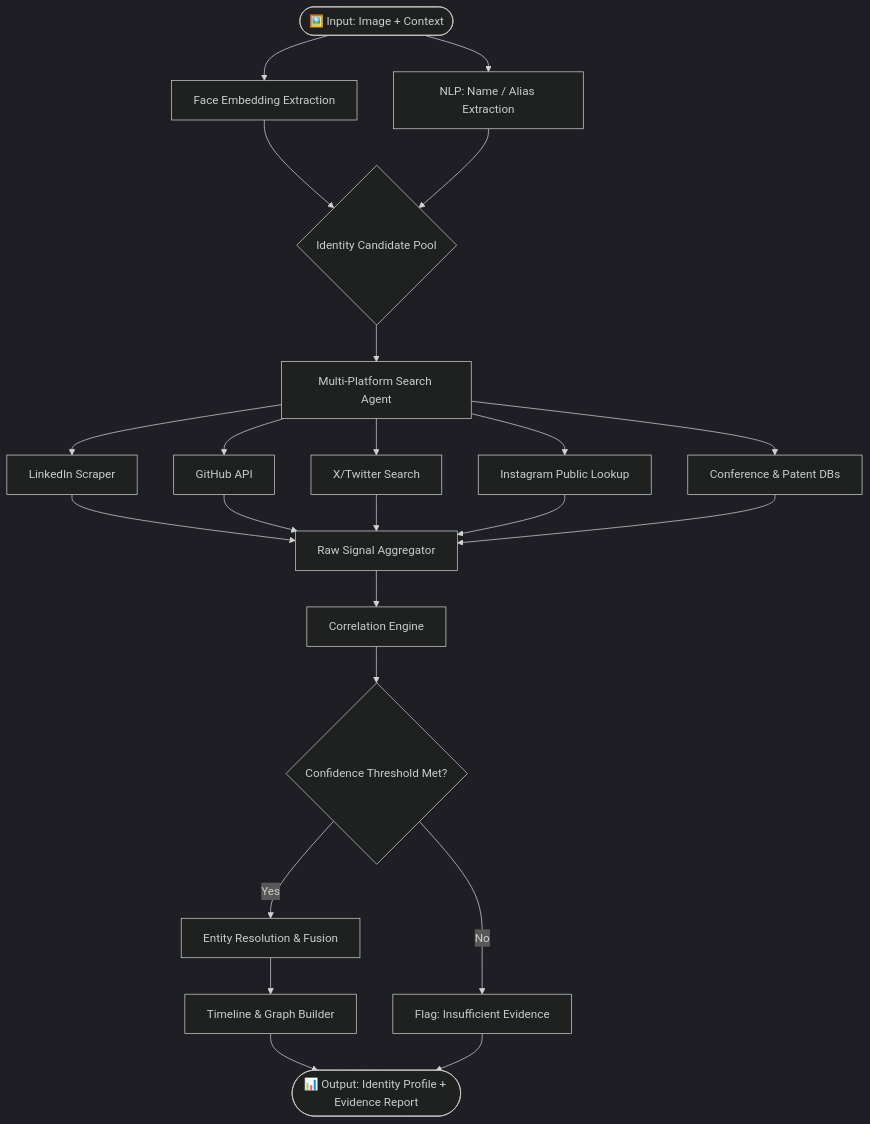
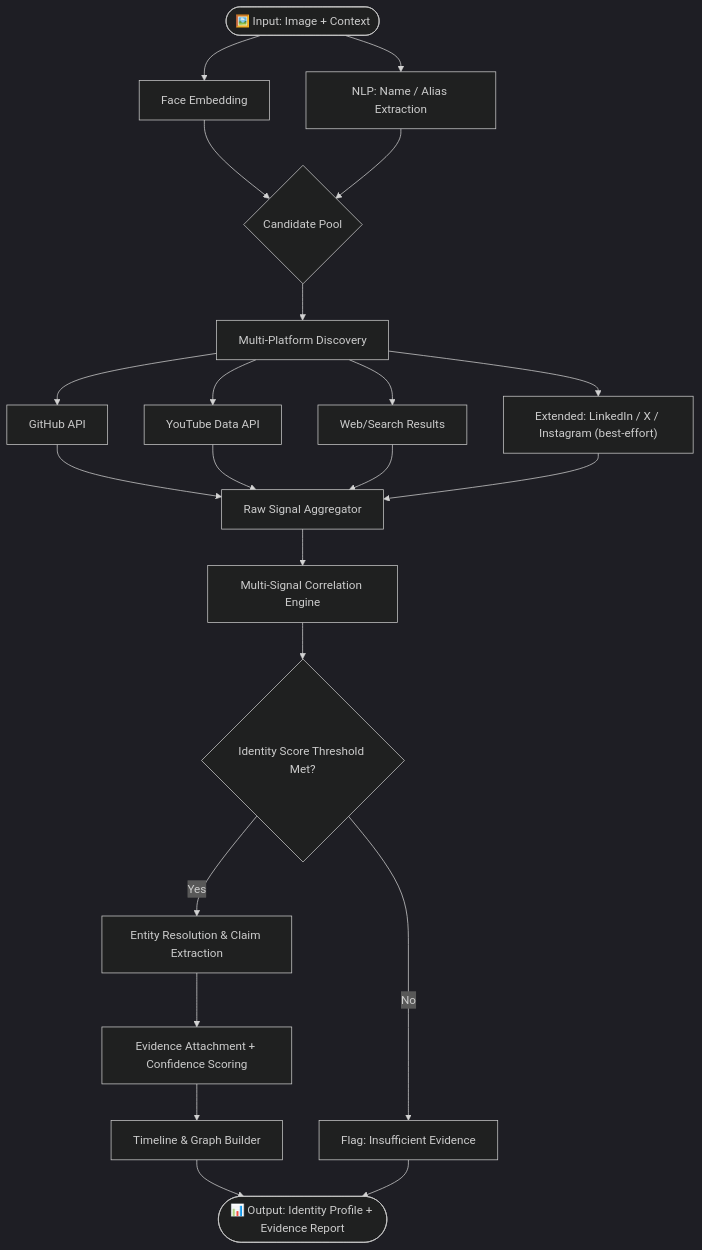
One commit to Abhinavjy27/NeuraX changed the diagram in README.md. Above: the diagram before and after it, drawn with Mermaid (dark theme). The commit also changed other lines of this file and 1 other file, not shown here.

````diff
--- a/README.md
+++ b/README.md
@@ -112,21 +118,21 @@
 ```mermaid
 flowchart TD
-    A([🖼️ Input: Image + Context]) --> B[Face Embedding Extraction]
+    A([🖼️ Input: Image + Context]) --> B[Face Embedding]
     A --> C[NLP: Name / Alias Extraction]
-    B --> D{Identity Candidate Pool}
+    B --> D{Candidate Pool}
     C --> D
-    D --> E[Multi-Platform Search Agent]
-    E --> F1[LinkedIn Scraper]
-    E --> F2[GitHub API]
-    E --> F3[X/Twitter Search]
-    E --> F4[Instagram Public Lookup]
-    E --> F5[Conference & Patent DBs]
-    F1 & F2 & F3 & F4 & F5 --> G[Raw Signal Aggregator]
-    G --> H[Correlation Engine]
-    H --> I{Confidence Threshold Met?}
-    I -- Yes --> J[Entity Resolution & Fusion]
+    D --> E[Multi-Platform Discovery]
+    E --> F1[GitHub API]
+    E --> F2[YouTube Data API]
+    E --> F3[Web/Search Results]
+    E --> F4["Extended: LinkedIn / X / Instagram (best-effort)"]
+    F1 & F2 & F3 & F4 --> G[Raw Signal Aggregator]
+    G --> H[Multi-Signal Correlation Engine]
+    H --> I{Identity Score Threshold Met?}
+    I -- Yes --> J[Entity Resolution & Claim Extraction]
     I -- No --> K[Flag: Insufficient Evidence]
-    J --> L[Timeline & Graph Builder]
-    L --> M([📊 Output: Identity Profile + Evidence Report])
-    K --> M
+    J --> L[Evidence Attachment + Confidence Scoring]
+    L --> M[Timeline & Graph Builder]
+    M --> N([📊 Output: Identity Profile + Evidence Report])
+    K --> N
 ```
````
